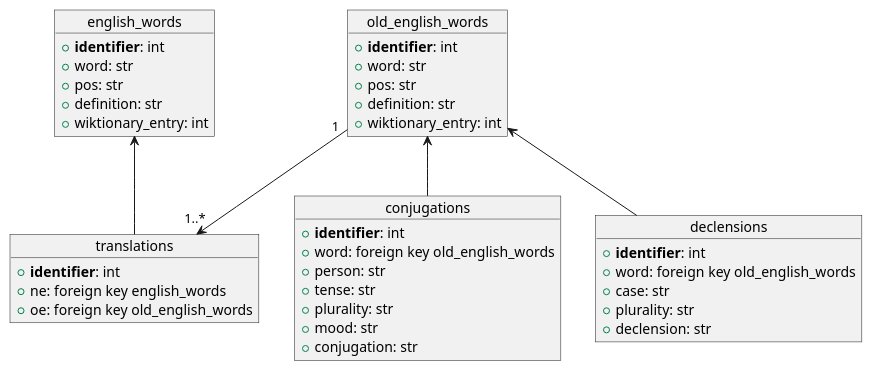
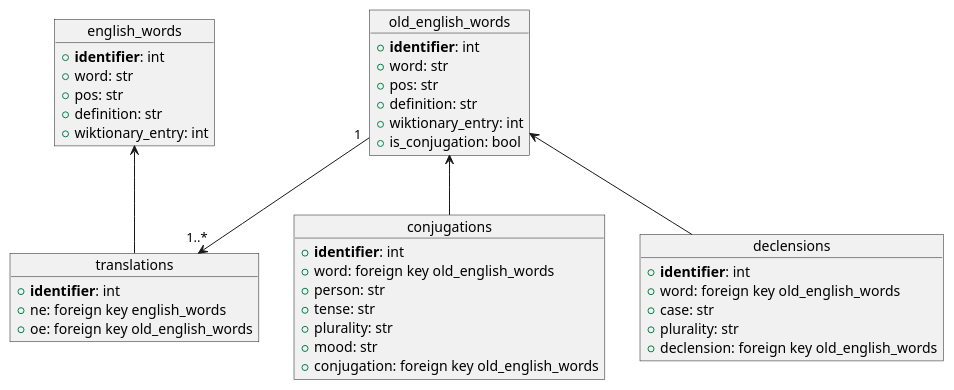
The diagram in design/database_design.puml (jacobrobertpratt/CSGSO_BCBGSO_Fall_2021_Hackathon_Turkey_Terminator), drawn with PlantUML before and after one commit. The commit also changed 3 other files, not shown here.

```diff
--- a/design/database_design.puml
+++ b/design/database_design.puml
@@ -1,48 +1,49 @@
 @startuml
 object english_words {
     + **identifier**: int
     + word: str
     + pos: str
     + definition: str
     + wiktionary_entry: int
 }
 
 object old_english_words {
     + **identifier**: int
     + word: str
     + pos: str
     + definition: str
     + wiktionary_entry: int
+    + is_conjugation: bool
 }
 
 object translations {
     + **identifier**: int
     + ne: foreign key english_words
     + oe: foreign key old_english_words
 }
 
 english_words <-- translations
 old_english_words "1" --> "1..*" translations
 
 object conjugations {
     + **identifier**: int
     + word: foreign key old_english_words
     + person: str
     + tense: str
     + plurality: str
     + mood: str
-    + conjugation: str
+    + conjugation: foreign key old_english_words
 }
 
 old_english_words  <-- conjugations
 
 object declensions {
     + **identifier**: int
     + word: foreign key old_english_words
     + case: str
     + plurality: str
-    + declension: str
+    + declension: foreign key old_english_words
 }
 
 old_english_words <-- declensions
 @enduml
```
